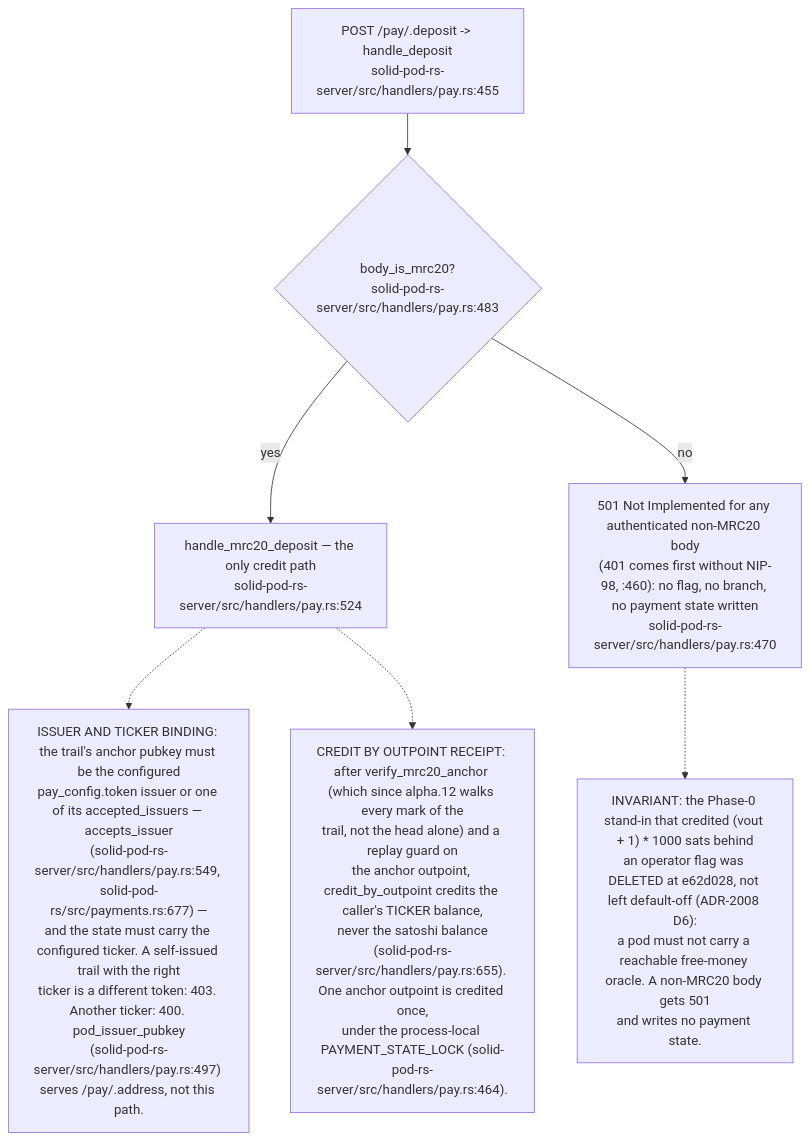
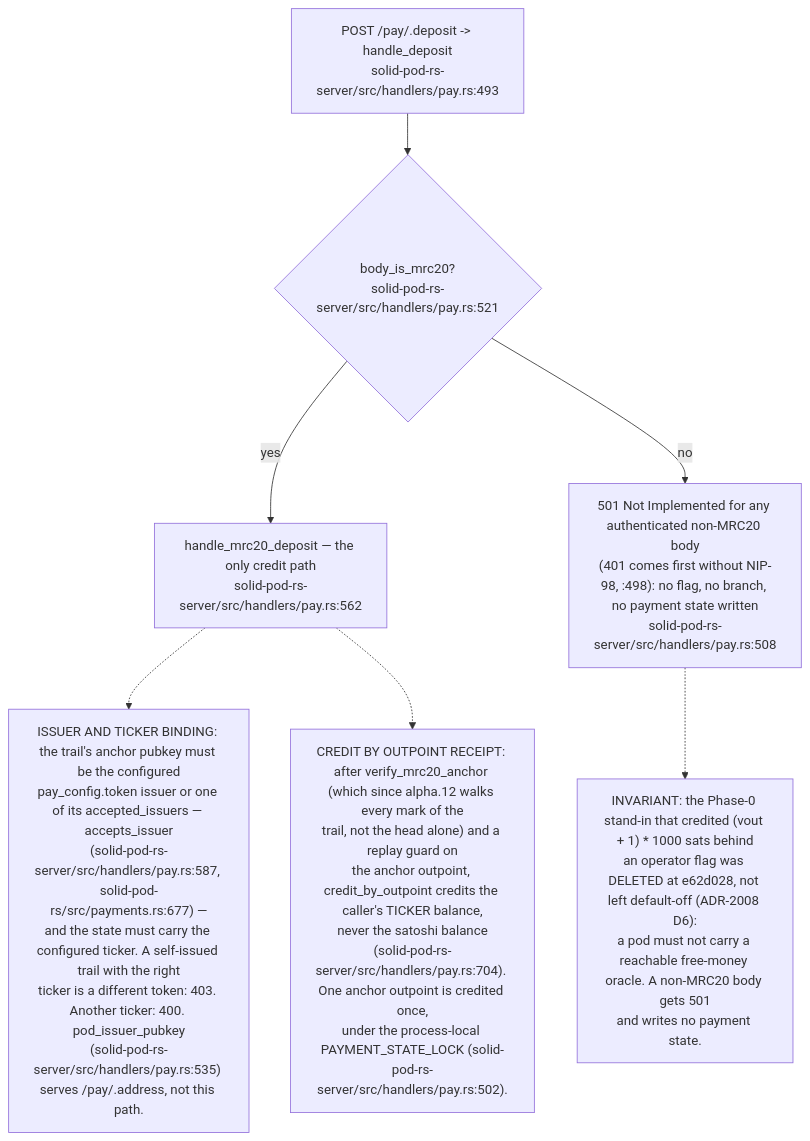
One commit to DreamLab-AI/VisionFlow changed diagram 16 of 19 in docs/diagrams/solid-pod-rs/07-provenance-and-payments.md. Above: the diagram before and after it, drawn with Mermaid. The commit also changed other lines of this file and 59 other files, not shown here.

First line of the commit message:
docs(diagrams): re-derive and re-stamp forum, website, pod, ontomark and sealmap topics

````diff
--- a/docs/diagrams/solid-pod-rs/07-provenance-and-payments.md
+++ b/docs/diagrams/solid-pod-rs/07-provenance-and-payments.md
@@ -468,18 +470,18 @@
 ```mermaid
 flowchart TD
-    IN["POST /pay/.deposit -> handle_deposit<br/>solid-pod-rs-server/src/handlers/pay.rs:455"]
-    SNIFF{"body_is_mrc20?<br/>solid-pod-rs-server/src/handlers/pay.rs:483"}
-    MRC["handle_mrc20_deposit — the only credit path<br/>solid-pod-rs-server/src/handlers/pay.rs:524"]
-    R501["501 Not Implemented for any authenticated non-MRC20 body<br/>(401 comes first without NIP-98, :460): no flag, no branch, no payment state written<br/>solid-pod-rs-server/src/handlers/pay.rs:470"]
+    IN["POST /pay/.deposit -> handle_deposit<br/>solid-pod-rs-server/src/handlers/pay.rs:493"]
+    SNIFF{"body_is_mrc20?<br/>solid-pod-rs-server/src/handlers/pay.rs:521"}
+    MRC["handle_mrc20_deposit — the only credit path<br/>solid-pod-rs-server/src/handlers/pay.rs:562"]
+    R501["501 Not Implemented for any authenticated non-MRC20 body<br/>(401 comes first without NIP-98, :498): no flag, no branch, no payment state written<br/>solid-pod-rs-server/src/handlers/pay.rs:508"]
 
     IN --> SNIFF
     SNIFF -- yes --> MRC
     SNIFF -- no --> R501
 
     N["INVARIANT: the Phase-0 stand-in that credited (vout + 1) * 1000 sats behind<br/>an operator flag was DELETED at e62d028, not left default-off (ADR-2008 D6):<br/>a pod must not carry a reachable free-money oracle. A non-MRC20 body gets 501<br/>and writes no payment state."]
     R501 -.-> N
-    N2["ISSUER AND TICKER BINDING: the trail's anchor pubkey must be the configured<br/>pay_config.token issuer or one of its accepted_issuers — accepts_issuer<br/>(solid-pod-rs-server/src/handlers/pay.rs:549, solid-pod-rs/src/payments.rs:677) —<br/>and the state must carry the configured ticker. A self-issued trail with the right<br/>ticker is a different token: 403. Another ticker: 400. pod_issuer_pubkey<br/>(solid-pod-rs-server/src/handlers/pay.rs:497) serves /pay/.address, not this path."]
+    N2["ISSUER AND TICKER BINDING: the trail's anchor pubkey must be the configured<br/>pay_config.token issuer or one of its accepted_issuers — accepts_issuer<br/>(solid-pod-rs-server/src/handlers/pay.rs:587, solid-pod-rs/src/payments.rs:677) —<br/>and the state must carry the configured ticker. A self-issued trail with the right<br/>ticker is a different token: 403. Another ticker: 400. pod_issuer_pubkey<br/>(solid-pod-rs-server/src/handlers/pay.rs:535) serves /pay/.address, not this path."]
     MRC -.-> N2
-    N3["CREDIT BY OUTPOINT RECEIPT: after verify_mrc20_anchor (which since alpha.12 walks every mark of the<br/>trail, not the head alone) and a replay guard on<br/>the anchor outpoint, credit_by_outpoint credits the caller's TICKER balance,<br/>never the satoshi balance<br/>(solid-pod-rs-server/src/handlers/pay.rs:655). One anchor outpoint is credited once,<br/>under the process-local PAYMENT_STATE_LOCK (solid-pod-rs-server/src/handlers/pay.rs:464)."]
+    N3["CREDIT BY OUTPOINT RECEIPT: after verify_mrc20_anchor (which since alpha.12 walks every mark of the<br/>trail, not the head alone) and a replay guard on<br/>the anchor outpoint, credit_by_outpoint credits the caller's TICKER balance,<br/>never the satoshi balance<br/>(solid-pod-rs-server/src/handlers/pay.rs:704). One anchor outpoint is credited once,<br/>under the process-local PAYMENT_STATE_LOCK (solid-pod-rs-server/src/handlers/pay.rs:502)."]
     MRC -.-> N3
 ```
````
